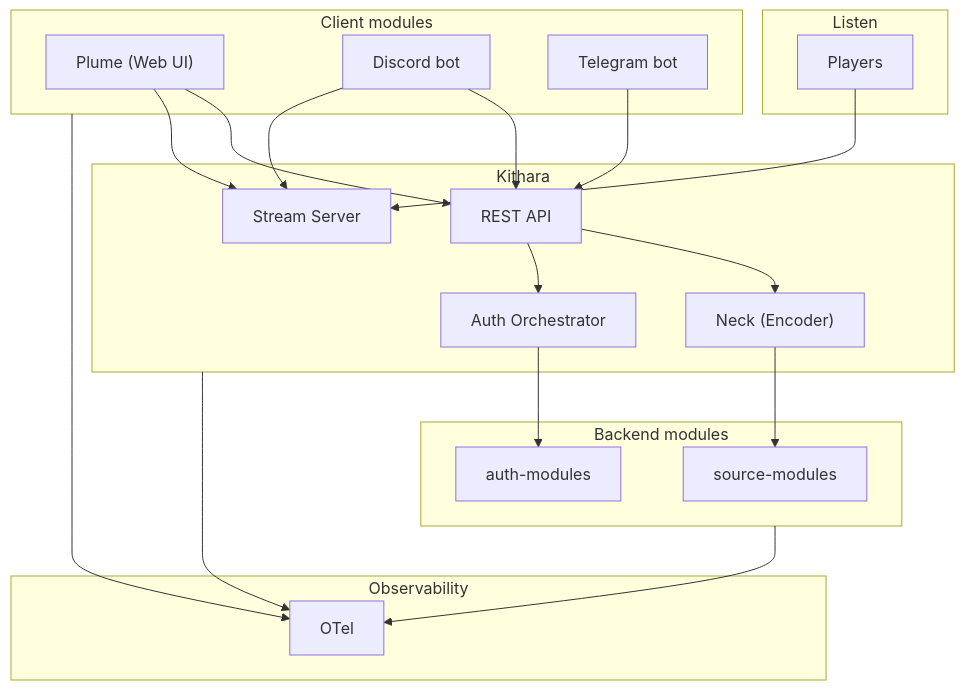
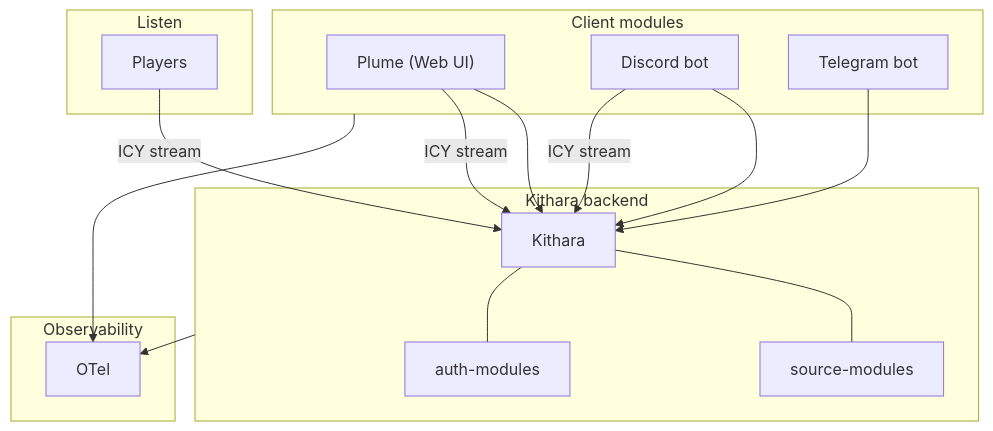
Before and after one commit to Bardie-radio/.github: the diagram in profile/docs/architecture/03-component-landscape.md, drawn with Mermaid. The commit also changed other lines of this file and 11 other files, not shown here.

Commit message:
Update documentation and .gitignore; enhance clarity on architecture and deployment details

````diff
--- a/profile/docs/architecture/03-component-landscape.md
+++ b/profile/docs/architecture/03-component-landscape.md
@@ -4,37 +4,29 @@
 ```mermaid
 flowchart TB
   subgraph client [Client modules]
     Plume["Plume (Web UI)"]
     Discord[Discord bot]
     Telegram[Telegram bot]
   end
   subgraph listen [Listen]
     Players[Players]
   end
-  subgraph core [Kithara]
-    API[REST API]
-    Neck["Neck (Encoder)"]
-    StreamSrv[Stream Server]
-    AuthOrch[Auth Orchestrator]
-  end
-  subgraph modules [Backend modules]
+  subgraph backend [Kithara backend]
+    KitharaBox[Kithara]
     src[source-modules]
     auth[auth-modules]
+    KitharaBox --- src
+    KitharaBox --- auth
   end
   subgraph observe [Observability]
     OTel[OTel]
   end
-  Plume --> API
-  Discord --> API
-  Discord --> StreamSrv
-  Telegram --> API
-  Plume --> StreamSrv
-  Players --> StreamSrv
-  API --> Neck
-  API --> AuthOrch
-  Neck --> src
-  AuthOrch --> auth
-  core --> OTel
-  modules --> OTel
+  Plume --> KitharaBox
+  Discord --> KitharaBox
+  Telegram --> KitharaBox
+  Plume -->|ICY stream| KitharaBox
+  Players -->|ICY stream| KitharaBox
+  Discord -->|ICY stream| KitharaBox
+  backend --> OTel
   client --> OTel
 ```
````
